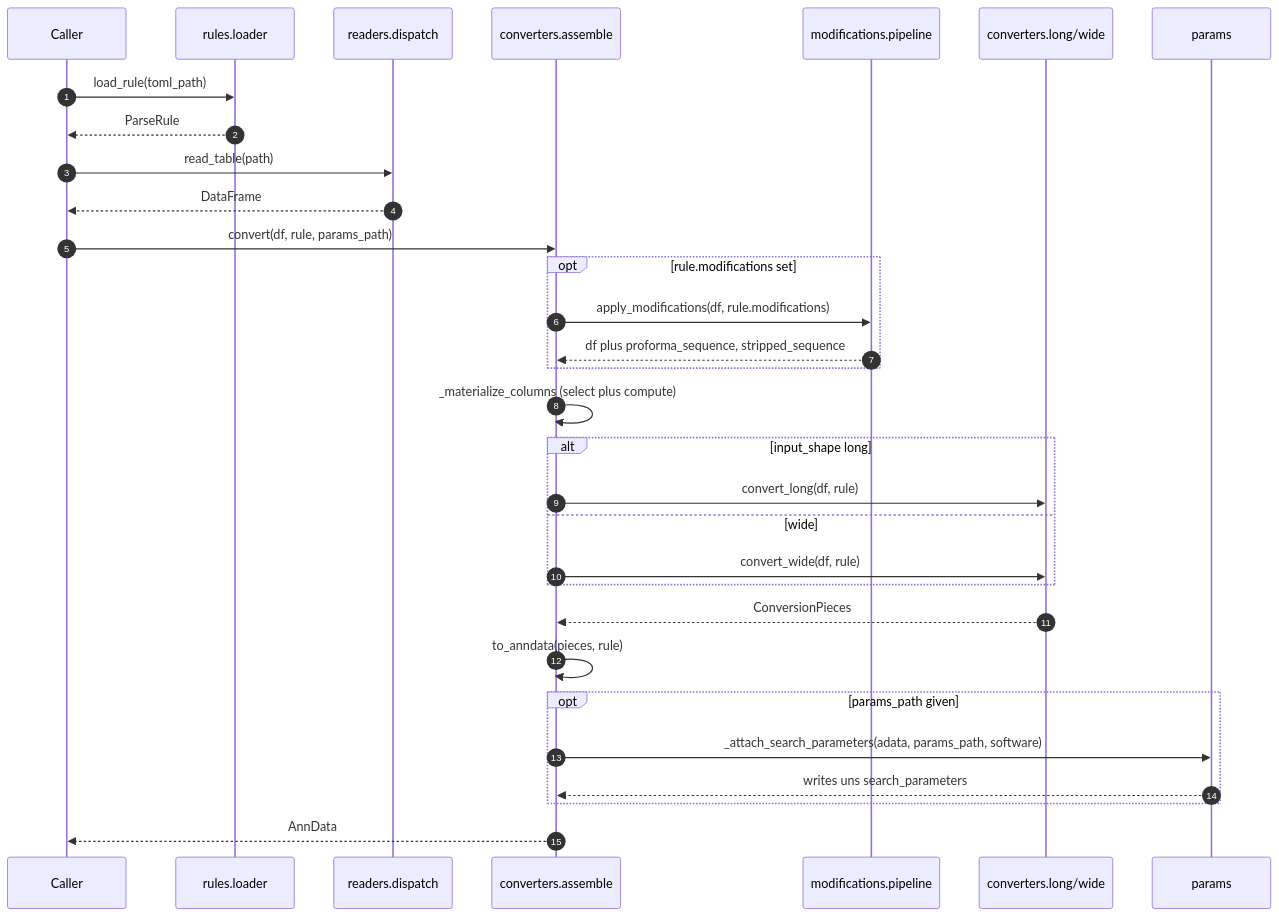
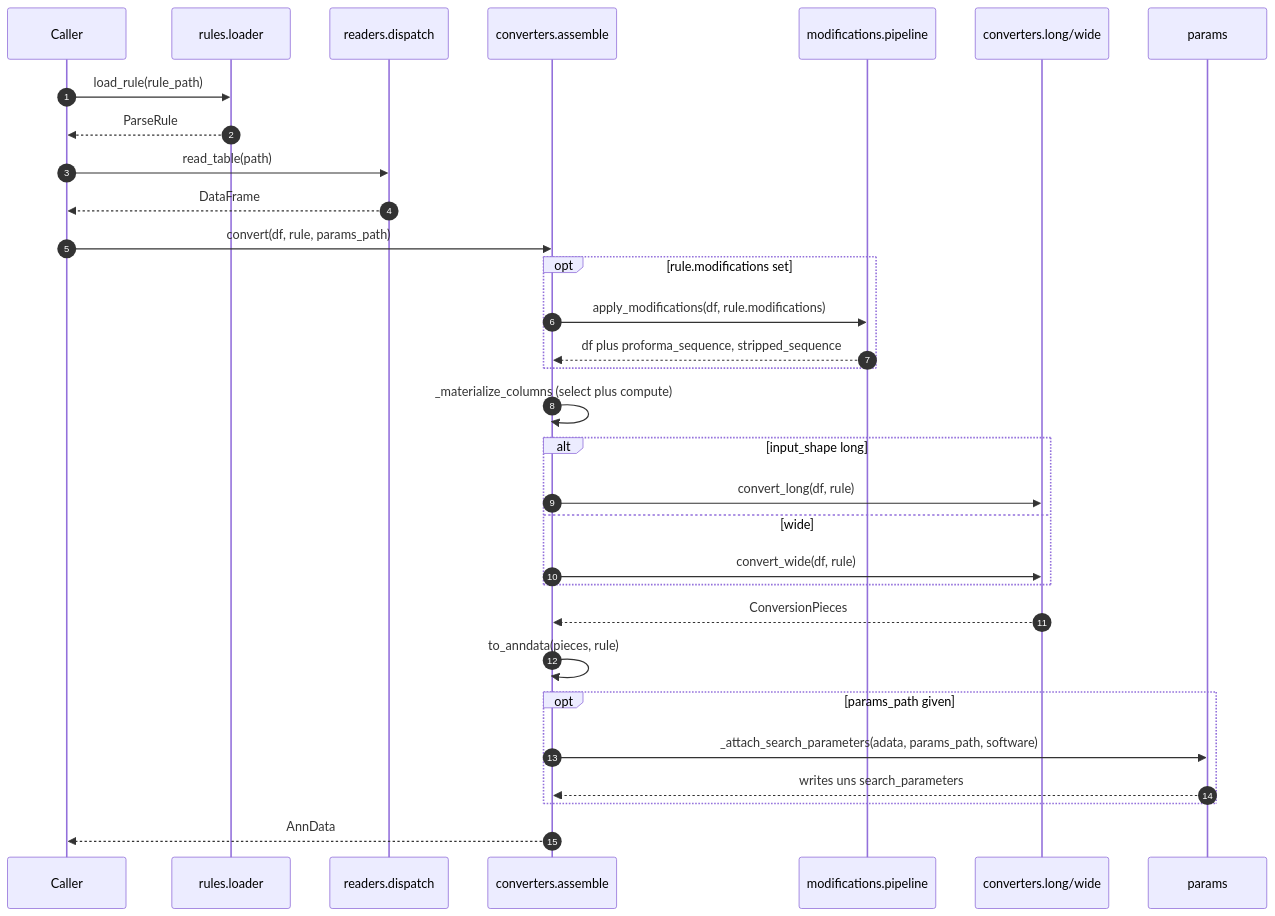
Before and after one commit to anndata-omics-bridge/anndata-proteomics-bridge: the eighth of 8 diagrams in docs/parsing_architecture.md, drawn with Mermaid. The commit also changed other lines of this file and 84 other files, not shown here.

````diff
--- a/docs/parsing_architecture.md
+++ b/docs/parsing_architecture.md
@@ -367,34 +368,34 @@
 ```mermaid
 sequenceDiagram
     autonumber
     participant Caller
     participant Loader as rules.loader
     participant Reader as readers.dispatch
     participant Conv as converters.assemble
     participant Mods as modifications.pipeline
     participant LW as converters.long/wide
     participant P as params
 
-    Caller->>Loader: load_rule(toml_path)
+    Caller->>Loader: load_rule(rule_path)
     Loader-->>Caller: ParseRule
     Caller->>Reader: read_table(path)
     Reader-->>Caller: DataFrame
     Caller->>Conv: convert(df, rule, params_path)
     opt rule.modifications set
         Conv->>Mods: apply_modifications(df, rule.modifications)
         Mods-->>Conv: df plus proforma_sequence, stripped_sequence
     end
     Conv->>Conv: _materialize_columns (select plus compute)
     alt input_shape long
         Conv->>LW: convert_long(df, rule)
     else wide
         Conv->>LW: convert_wide(df, rule)
     end
     LW-->>Conv: ConversionPieces
     Conv->>Conv: to_anndata(pieces, rule)
     opt params_path given
         Conv->>P: _attach_search_parameters(adata, params_path, software)
         P-->>Conv: writes uns search_parameters
     end
     Conv-->>Caller: AnnData
 ```
````
